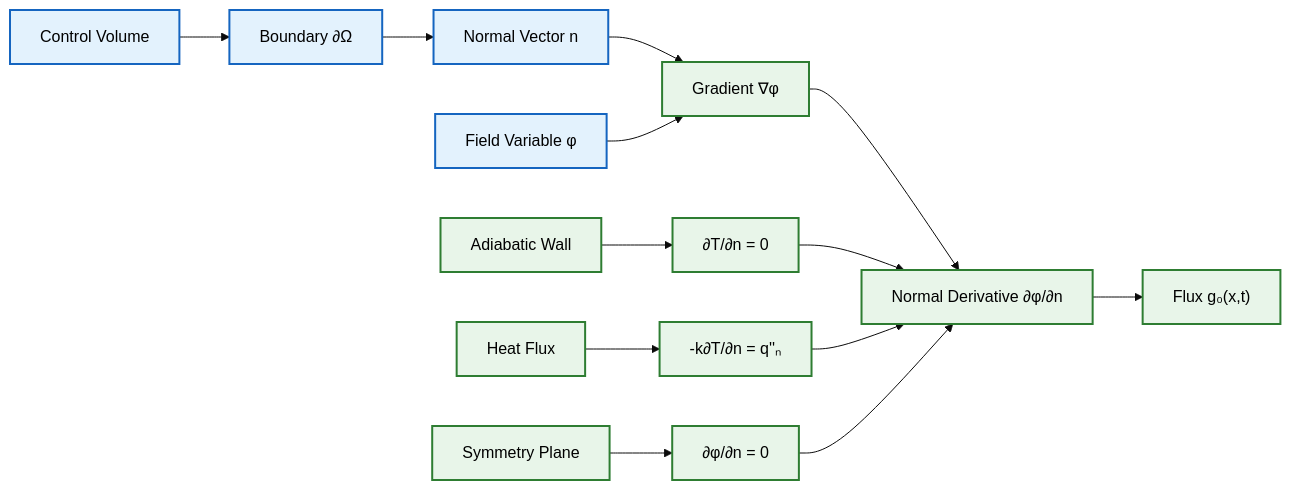
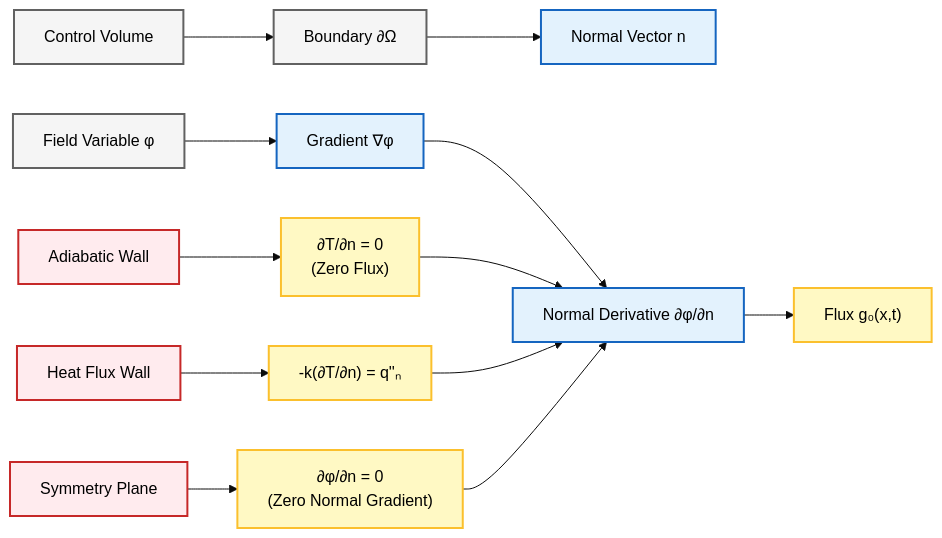
One commit to wramet/build-my-cfd changed the third of 11 diagrams in MODULE_01_CFD_FUNDAMENTALS/CONTENT/03_BOUNDARY_CONDITIONS/02_Fundamental_Classification.md. Above: the diagram before and after it, drawn with Mermaid (base theme). The commit also changed other lines of this file and 313 other files, not shown here.

Commit message:
Revise all diagram

````diff
--- a/MODULE_01_CFD_FUNDAMENTALS/CONTENT/03_BOUNDARY_CONDITIONS/02_Fundamental_Classification.md
+++ b/MODULE_01_CFD_FUNDAMENTALS/CONTENT/03_BOUNDARY_CONDITIONS/02_Fundamental_Classification.md
@@ -286,25 +282,21 @@
 ```mermaid
 graph LR
-    A["Boundary ∂Ω"] --> B["Normal Vector n"]
-    B --> C["Gradient ∇φ"]
-    C --> D["Normal Derivative ∂φ/∂n"]
-    D --> E["Flux g₀(x,t)"]
+F["Control Volume"]:::context --> A["Boundary ∂Ω"]:::context
+G["Field Variable φ"]:::context --> C["Gradient ∇φ"]:::implicit
+A --> B["Normal Vector n"]:::implicit
+C --> D["Normal Derivative ∂φ/∂n"]:::implicit
+D --> E["Flux g₀(x,t)"]:::explicit
 
-    F["Control Volume"] --> A
-    G["Field Variable φ"] --> C
+H["Adiabatic Wall"]:::volatile --> I["∂T/∂n = 0<br/>(Zero Flux)"]:::explicit
+J["Heat Flux Wall"]:::volatile --> K["-k(∂T/∂n) = q''ₙ"]:::explicit
+L["Symmetry Plane"]:::volatile --> M["∂φ/∂n = 0<br/>(Zero Normal Gradient)"]:::explicit
 
-    H["Adiabatic Wall"] --> I["∂T/∂n = 0"]
-    J["Heat Flux"] --> K["-k∂T/∂n = q''ₙ"]
-    L["Symmetry Plane"] --> M["∂φ/∂n = 0"]
+I --> D
+K --> D
+M --> D
 
-    I --> D
-    K --> D
-    M --> D
-
-    classDef process fill:#e3f2fd,stroke:#1565c0,stroke-width:2px,color:#000;
-    classDef storage fill:#e8f5e9,stroke:#2e7d32,stroke-width:2px,color:#000;
-    classDef terminator fill:#ffebee,stroke:#c62828,stroke-width:2px,color:#000;
-
-    class A,B,F,G process;
-    class C,D,E,H,I,J,K,L,M storage;
+classDef context fill:#f5f5f5,stroke:#616161,stroke-width:2px,color:#000;
+classDef implicit fill:#e3f2fd,stroke:#1565c0,stroke-width:2px,color:#000;
+classDef explicit fill:#fff9c4,stroke:#fbc02d,stroke-width:2px,color:#000;
+classDef volatile fill:#ffebee,stroke:#c62828,stroke-width:2px,color:#000;
 ```
````
